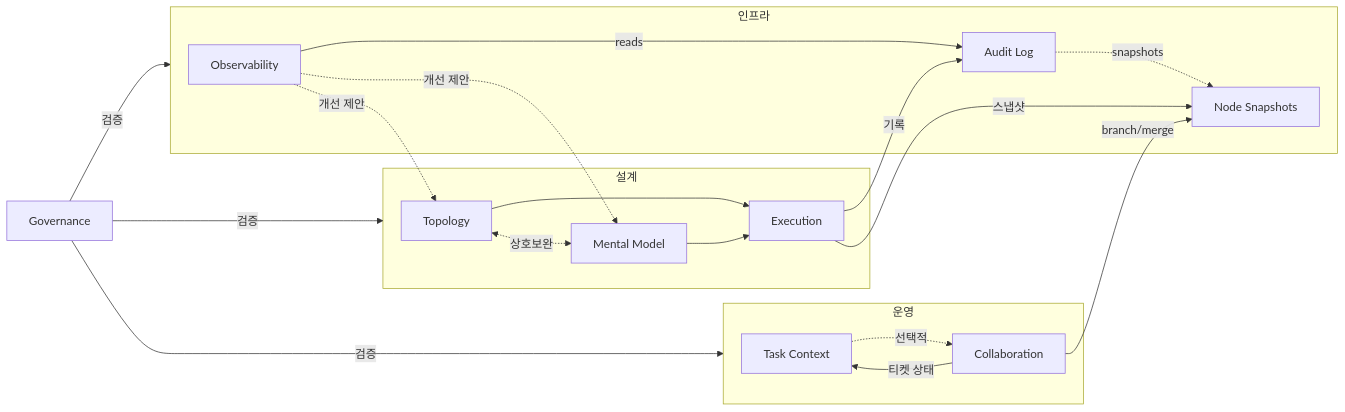
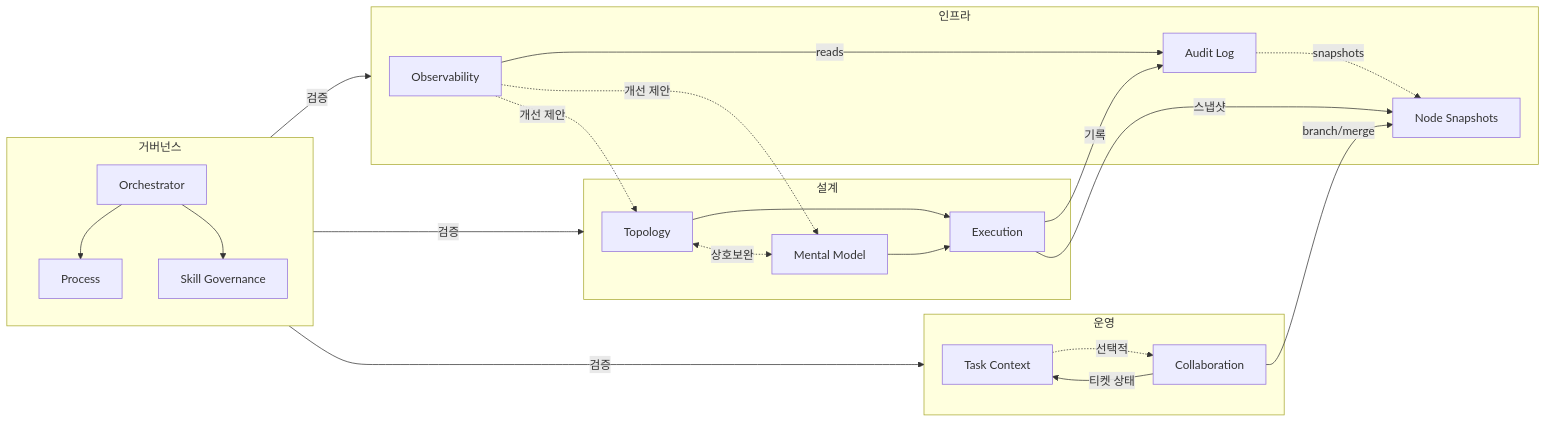
One commit to WMJOON/multi-swarm-orchestrator changed the diagram in README.md. Above: the diagram before and after it, drawn with Mermaid. The commit also changed other lines of this file and 10 other files, not shown here.

````diff
--- a/README.md
+++ b/README.md
@@ -197,27 +6,27 @@
 ```mermaid
 graph LR
     subgraph Design ["설계"]
         S00["Topology"] <-.->|상호보완| S01["Mental Model"]
         S00 & S01 --> S02["Execution"]
     end
-
     subgraph Ops ["운영"]
         S03["Task Context"] -.->|선택적| S04["Collaboration"]
     end
-
     subgraph Infra ["인프라"]
         S06["Observability"] -->|reads| S05["Audit Log"]
         S05 -.->|snapshots| SNAP["Node Snapshots"]
     end
-
+    subgraph Gov ["거버넌스"]
+        S07["Orchestrator"] --> S08["Process"]
+        S07 --> S09["Skill Governance"]
+    end
     S02 -->|기록| S05
     S02 -->|스냅샷| SNAP
     S06 -.->|개선 제안| S00
     S06 -.->|개선 제안| S01
     S04 -->|티켓 상태| S03
     S04 -->|branch/merge| SNAP
-
-    GOV["Governance"] -->|검증| Design
-    GOV -->|검증| Ops
-    GOV -->|검증| Infra
+    Gov -->|검증| Design
+    Gov -->|검증| Ops
+    Gov -->|검증| Infra
 ```
````
